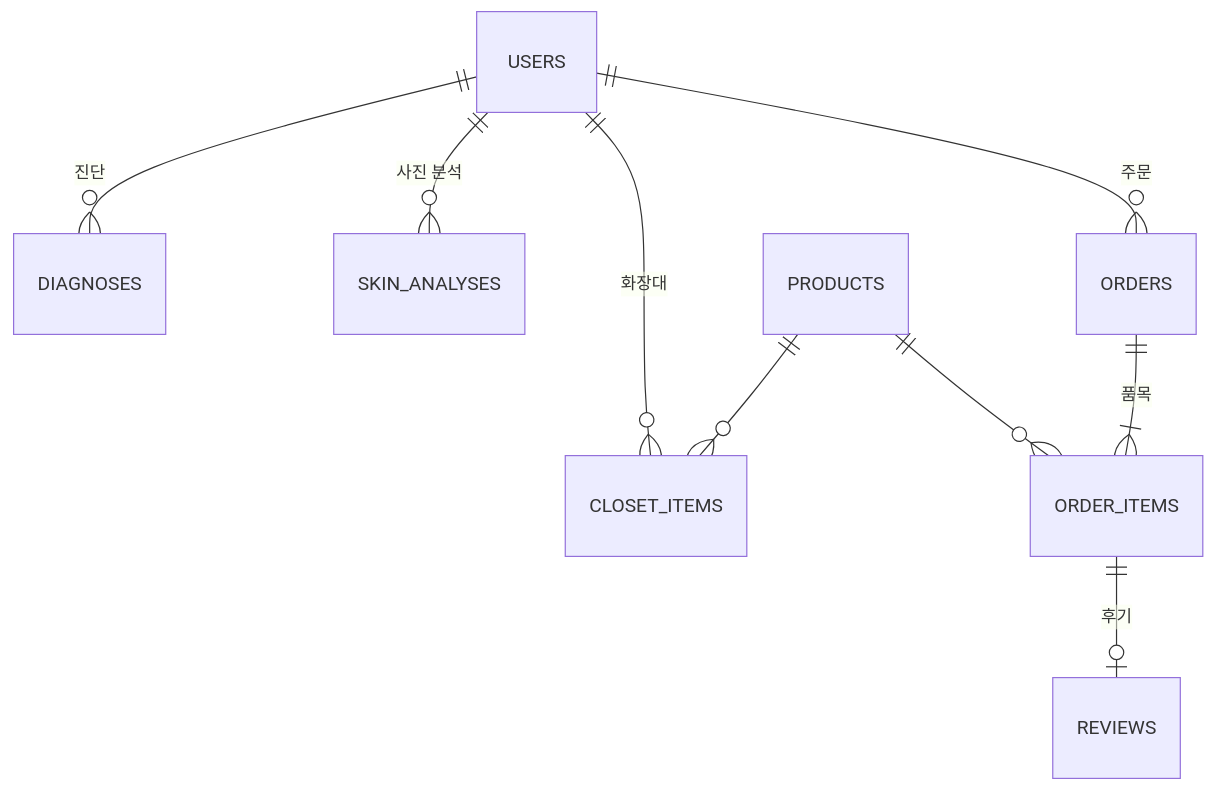
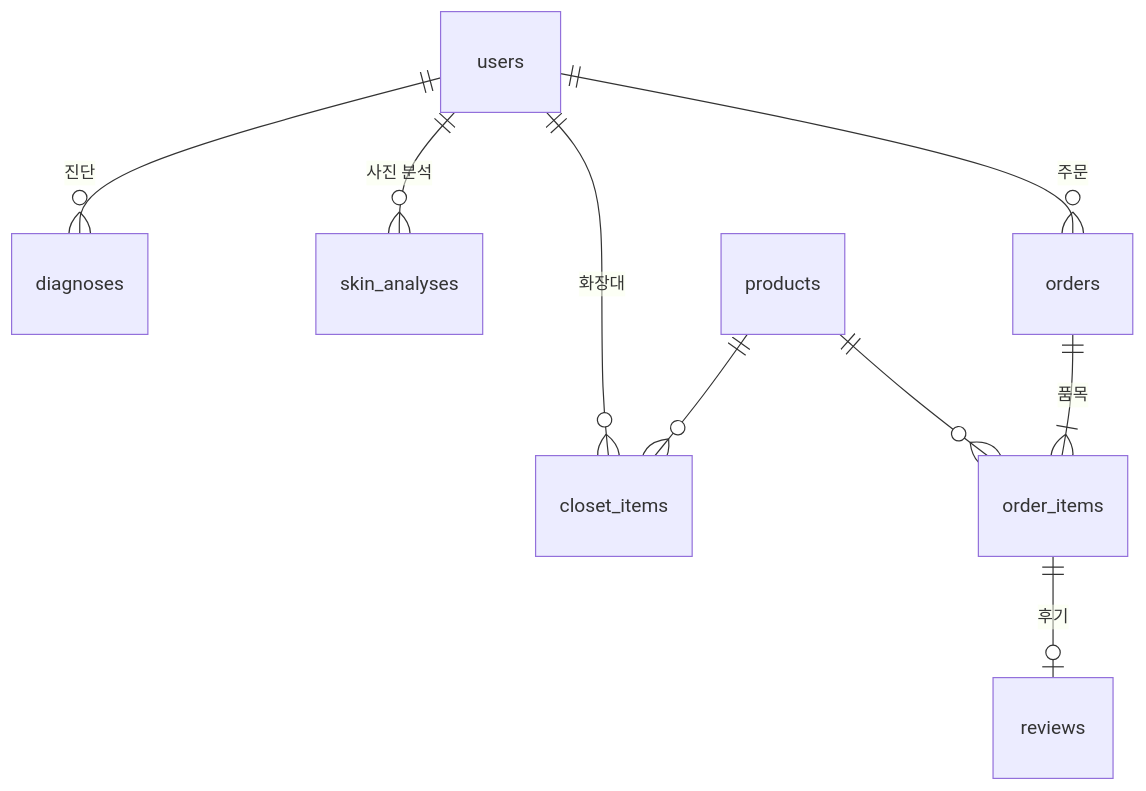
Before and after one commit to EunSeong-Jo/capstone: the ninth of 9 diagrams in docs/architecture/diagrams.md, drawn with Mermaid. The commit also changed other lines of this file, not shown here.

````diff
--- a/docs/architecture/diagrams.md
+++ b/docs/architecture/diagrams.md
@@ -294,11 +311,11 @@
 ```mermaid
 erDiagram
-    USERS ||--o{ DIAGNOSES : "진단"
-    USERS ||--o{ SKIN_ANALYSES : "사진 분석"
-    USERS ||--o{ CLOSET_ITEMS : "화장대"
-    USERS ||--o{ ORDERS : "주문"
-    ORDERS ||--|{ ORDER_ITEMS : "품목"
-    ORDER_ITEMS ||--o| REVIEWS : "후기"
-    PRODUCTS ||--o{ CLOSET_ITEMS : ""
-    PRODUCTS ||--o{ ORDER_ITEMS : ""
+    users ||--o{ diagnoses : "진단"
+    users ||--o{ skin_analyses : "사진 분석"
+    users ||--o{ closet_items : "화장대"
+    users ||--o{ orders : "주문"
+    orders ||--|{ order_items : "품목"
+    order_items ||--o| reviews : "후기"
+    products ||--o{ closet_items : ""
+    products ||--o{ order_items : ""
 ```
````
